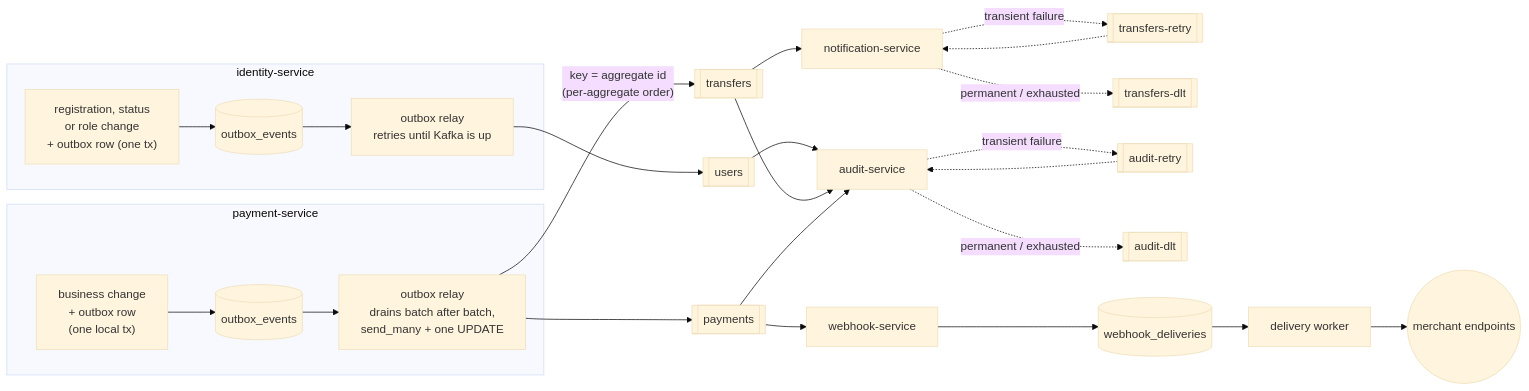
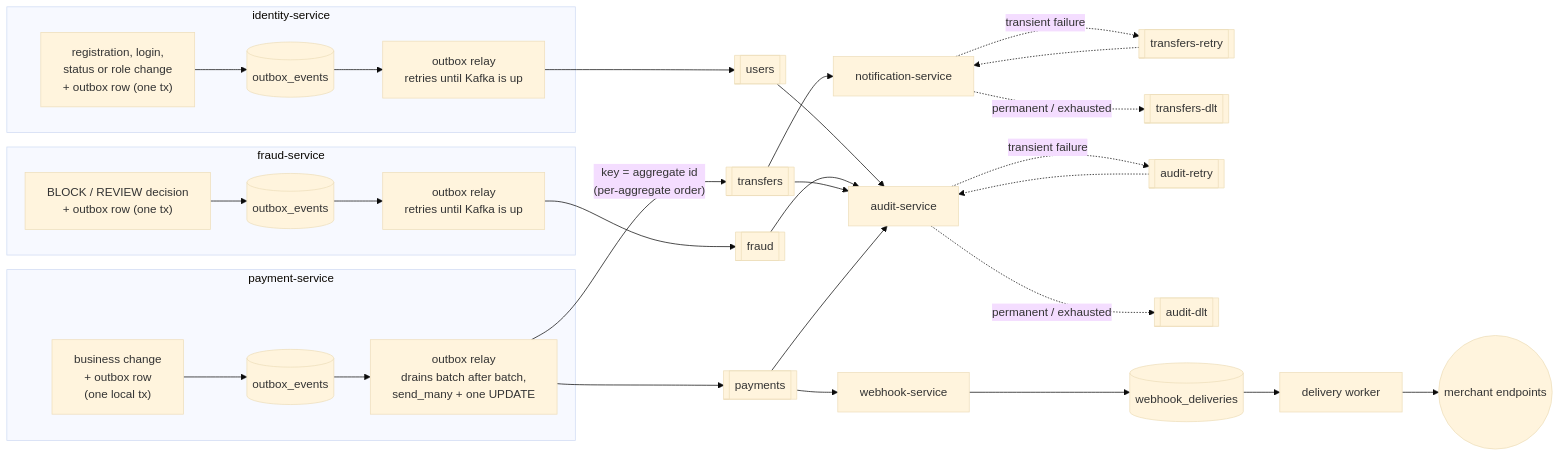
One commit to kadirovhabibjon/FinCore changed the first of 3 diagrams in docs/diagrams/event-flow.md. Above: the diagram before and after it, drawn with Mermaid (base theme). The commit also changed other lines of this file and 3 other files, not shown here.

First line of the commit message:
docs: document fraud and login audit events

````diff
--- a/docs/diagrams/event-flow.md
+++ b/docs/diagrams/event-flow.md
@@ -9,33 +9,41 @@
 ```mermaid
 flowchart LR
     subgraph PAY[payment-service]
         TX["business change<br/>+ outbox row<br/>(one local tx)"]
         RELAY["outbox relay<br/>drains batch after batch,<br/>send_many + one UPDATE"]
         TX --> OB[(outbox_events)]
         OB --> RELAY
     end
 
     RELAY -- "key = aggregate id<br/>(per-aggregate order)" --> T1[[transfers]]
     RELAY --> T2[[payments]]
 
     subgraph ID[identity-service]
-        ITX["registration, status<br/>or role change<br/>+ outbox row (one tx)"]
+        ITX["registration, login,<br/>status or role change<br/>+ outbox row (one tx)"]
         ITX --> IOB[(outbox_events)]
         IOB --> IRELAY["outbox relay<br/>retries until Kafka is up"]
     end
     IRELAY --> T3[[users]]
     T3 --> A
+
+    subgraph FR[fraud-service]
+        FTX["BLOCK / REVIEW decision<br/>+ outbox row (one tx)"]
+        FTX --> FOB[(outbox_events)]
+        FOB --> FRELAY["outbox relay<br/>retries until Kafka is up"]
+    end
+    FRELAY --> T4[[fraud]]
+    T4 --> A
 
     T1 --> N[notification-service]
     T1 --> A[audit-service]
     T2 --> A
     T2 --> W[webhook-service]
 
     N -. transient failure .-> NR[[transfers-retry]] -.-> N
     N -. permanent / exhausted .-> ND[[transfers-dlt]]
     A -. transient failure .-> AR[[audit-retry]] -.-> A
     A -. permanent / exhausted .-> AD[[audit-dlt]]
 
     W --> WD[(webhook_deliveries)]
     WD --> WW["delivery worker"] --> M((merchant endpoints))
 ```
````
